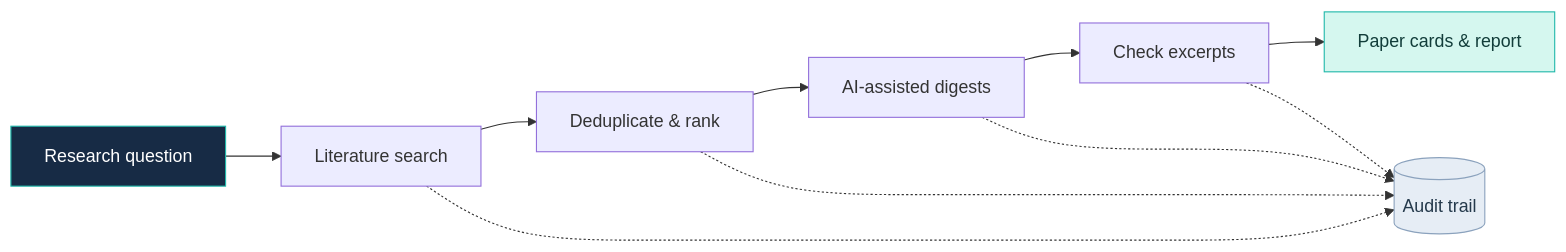
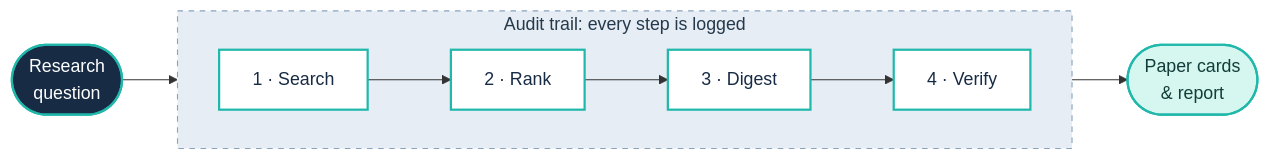
Before and after one commit to samavinasir/tracereview: the diagram in README.md, drawn with Mermaid. The commit also changed other lines of this file, not shown here.

````diff
--- a/README.md
+++ b/README.md
@@ -68,15 +82,19 @@
 ```mermaid
 flowchart LR
-    A[Research question] --> B[Literature search]
-    B --> C[Deduplicate & rank]
-    C --> D[AI-assisted digests]
-    D --> E[Check excerpts]
-    E --> F[Paper cards & report]
-    B -.-> G[(Audit trail)]
-    C -.-> G
-    D -.-> G
-    E -.-> G
-    style A fill:#172b45,color:#fff,stroke:#20b8aa
-    style F fill:#d5f7ef,color:#123d3a,stroke:#20b8aa
-    style G fill:#e6edf5,color:#24394b,stroke:#8ba2bd
+    Q([Research<br/>question]) --> S
+
+    subgraph AUDIT["Audit trail: every step is logged"]
+        direction LR
+        S[1 · Search] --> R[2 · Rank] --> D[3 · Digest] --> V[4 · Verify]
+    end
+
+    V --> O([Paper cards<br/>& report])
+
+    classDef io fill:#172b45,color:#ffffff,stroke:#20b8aa,stroke-width:2px
+    classDef step fill:#ffffff,color:#172b45,stroke:#20b8aa,stroke-width:2px
+    classDef out fill:#d5f7ef,color:#123d3a,stroke:#20b8aa,stroke-width:2px
+    class Q io
+    class S,R,D,V step
+    class O out
+    style AUDIT fill:#e6edf5,color:#24394b,stroke:#8ba2bd,stroke-dasharray:5 5
 ```
````
